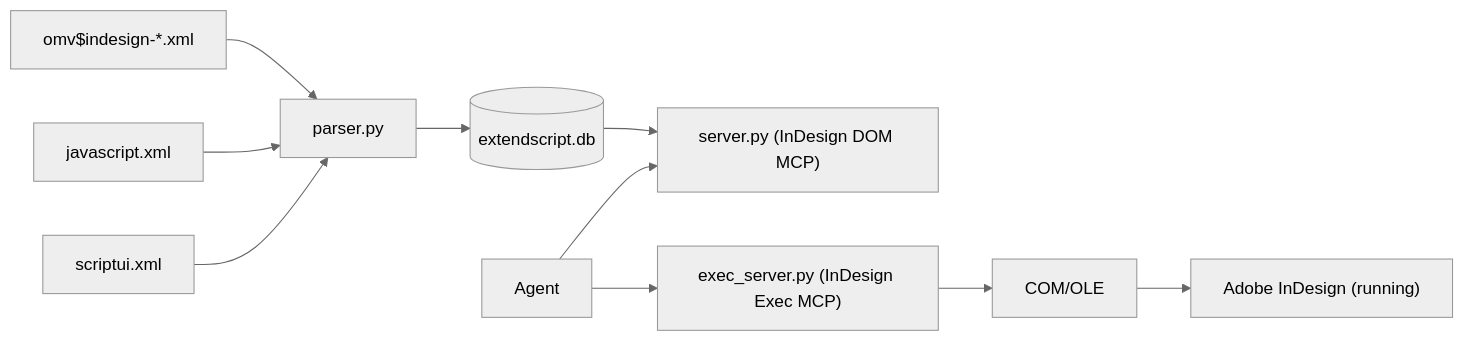
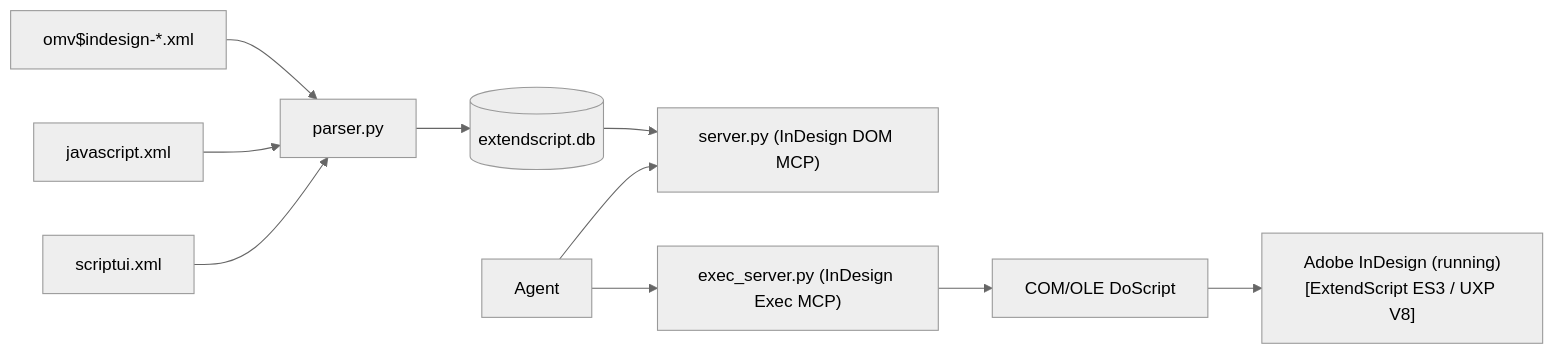
Before and after one commit to MoebiusSt/indesign-scripting-mcp: the diagram in README.md, drawn with Mermaid (neutral theme). The commit also changed other lines of this file and 8 other files, not shown here.

Commit message:
feat: add InDesign UXP scripting support, async IIFE wrapper, dialog watchdog, and gotchas

````diff
--- a/README.md
+++ b/README.md
@@ -37,12 +38,12 @@
 ```mermaid
 flowchart LR
   DOM_XML["omv$indesign-*.xml"] --> Parser[parser.py]
   JS_XML[javascript.xml] --> Parser
   SUI_XML[scriptui.xml] --> Parser
   Parser --> SQLite[(extendscript.db)]
   SQLite --> DomServer["server.py (InDesign DOM MCP)"]
   Agent[Agent] --> DomServer
   Agent --> ExecServer["exec_server.py (InDesign Exec MCP)"]
-  ExecServer --> COM[COM/OLE]
-  COM --> InDesign["Adobe InDesign (running)"]
+  ExecServer --> COM[COM/OLE DoScript]
+  COM --> InDesign["Adobe InDesign (running)\n[ExtendScript ES3 / UXP V8]"]
 ```
````
